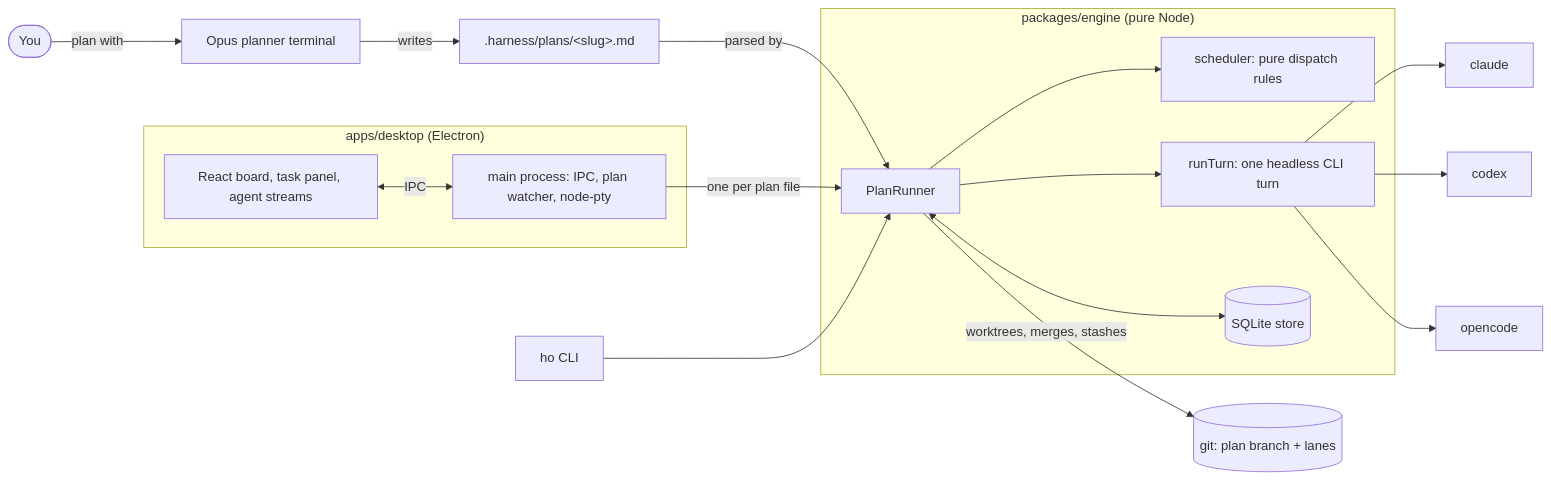
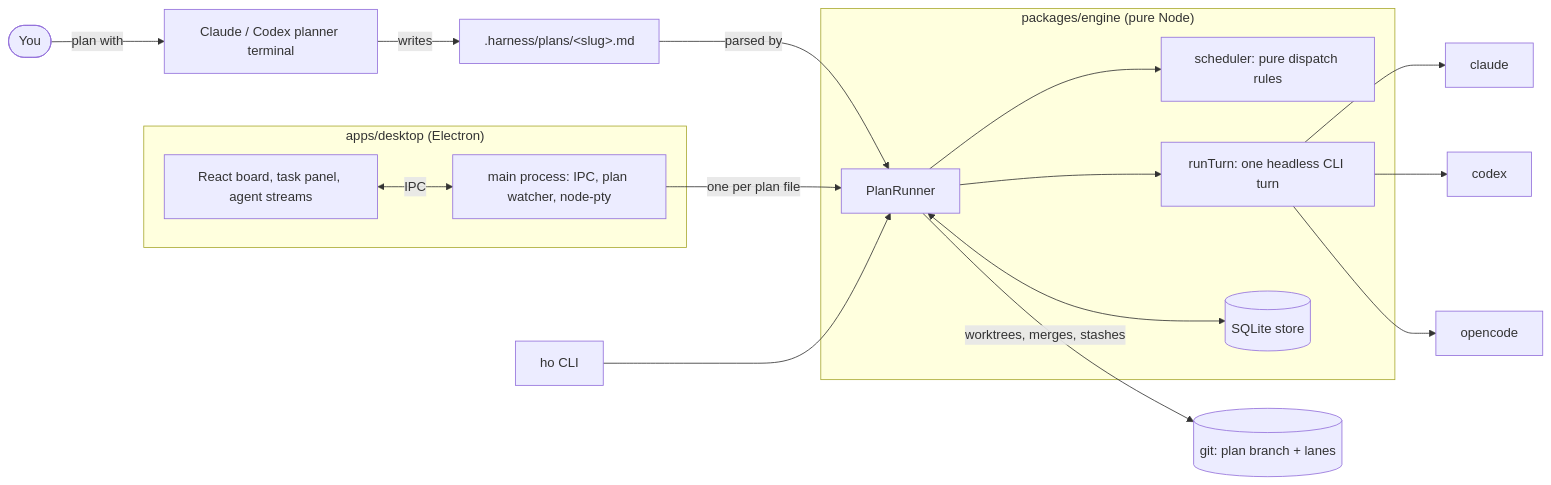
The first of 3 diagrams in docs/architecture.md (kehuydietlatoi/harnessOrch), drawn with Mermaid before and after one commit. The commit also changed 17 other files, not shown here.

````diff
--- a/docs/architecture.md
+++ b/docs/architecture.md
@@ -7,26 +7,26 @@
 ```mermaid
 flowchart LR
-  you([You]) -- plan with --> opus[Opus planner terminal]
+  you([You]) -- plan with --> opus[Claude / Codex planner terminal]
   opus -- writes --> planfile[".harness/plans/&lt;slug&gt;.md"]
   planfile -- parsed by --> runner
 
   subgraph desktop["apps/desktop (Electron)"]
     ui[React board, task panel, agent streams]
     main[main process: IPC, plan watcher, node-pty]
   end
   ui <-- IPC --> main
   main -- one per plan file --> runner
 
   subgraph engine["packages/engine (pure Node)"]
     runner[PlanRunner]
     sched[scheduler: pure dispatch rules]
     turn[runTurn: one headless CLI turn]
     store[(SQLite store)]
   end
   runner --> sched
   runner --> turn
   runner <--> store
   turn --> claude[claude] & codex[codex] & oc[opencode]
   runner -- worktrees, merges, stashes --> git[(git: plan branch + lanes)]
   cli[ho CLI] --> runner
 ```
````
